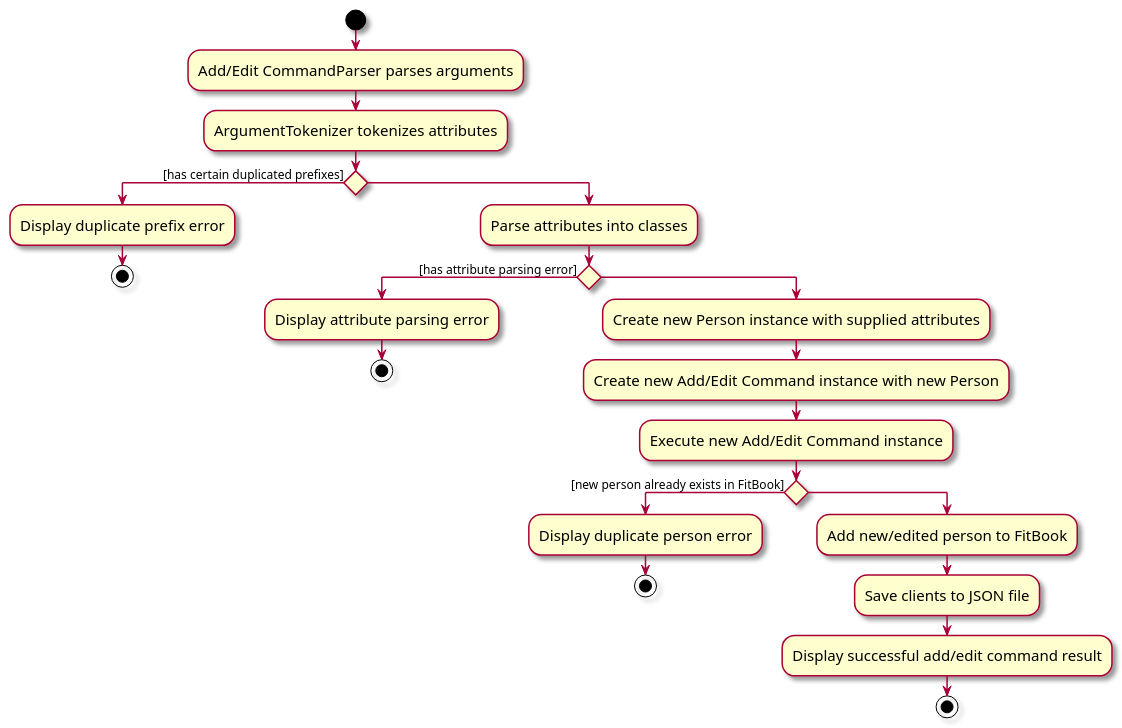
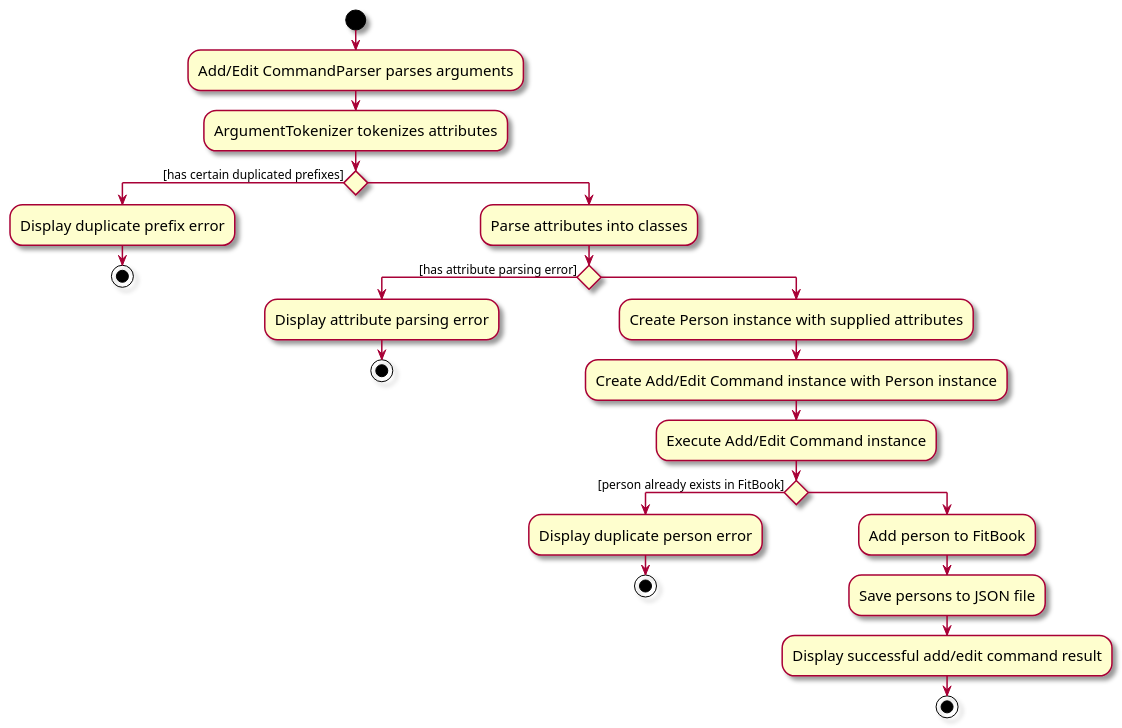
The diagram in docs/diagrams/AddEditCommandActivityDiagram.puml (nus-cs2103-AY2324S2/tp), drawn with PlantUML before and after one commit. The commit also changed other lines of this file and 2 other files, not shown here.

```diff
--- a/docs/diagrams/AddEditCommandActivityDiagram.puml
+++ b/docs/diagrams/AddEditCommandActivityDiagram.puml
@@ -1,31 +1,31 @@
 @startuml
 skin rose
 skinparam ActivityFontSize 15
 skinparam ArrowFontSize 12
 start
 :Add/Edit CommandParser parses arguments;
 :ArgumentTokenizer tokenizes attributes;
 if () then ([has certain duplicated prefixes])
     :Display duplicate prefix error;
     stop
 else
     :Parse attributes into classes;
     if () then ([has attribute parsing error])
         :Display attribute parsing error;
         stop
     else ()
-        :Create new Person instance with supplied attributes;
-        :Create new Add/Edit Command instance with new Person;
-        :Execute new Add/Edit Command instance;
-        if () then ([new person already exists in FitBook])
+        :Create Person instance with supplied attributes;
+        :Create Add/Edit Command instance with Person instance;
+        :Execute Add/Edit Command instance;
+        if () then ([person already exists in FitBook])
             :Display duplicate person error;
             stop
         else ()
-            :Add new/edited person to FitBook;
-            :Save clients to JSON file;
+            :Add person to FitBook;
+            :Save persons to JSON file;
             :Display successful add/edit command result;
             stop
         endif
     endif
 endif
 @enduml
```
